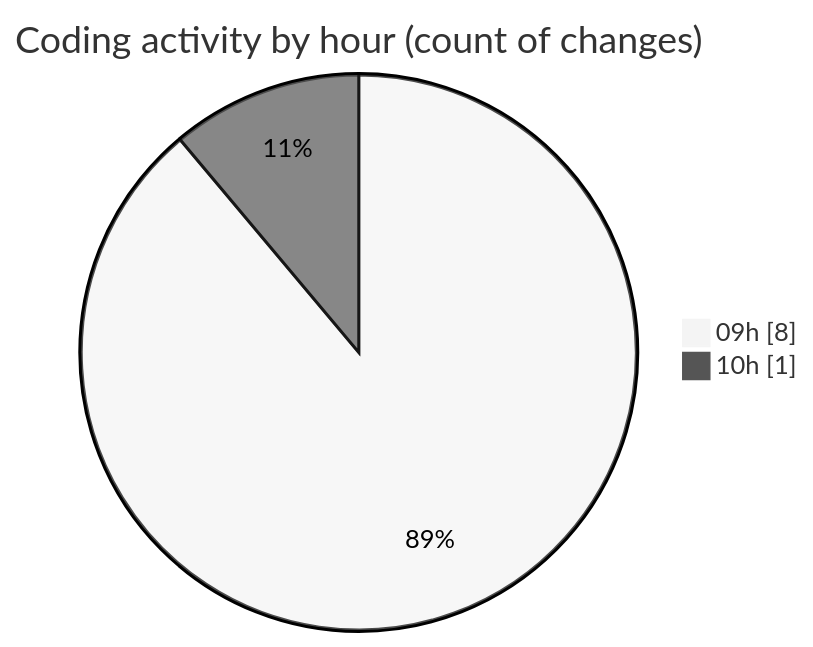
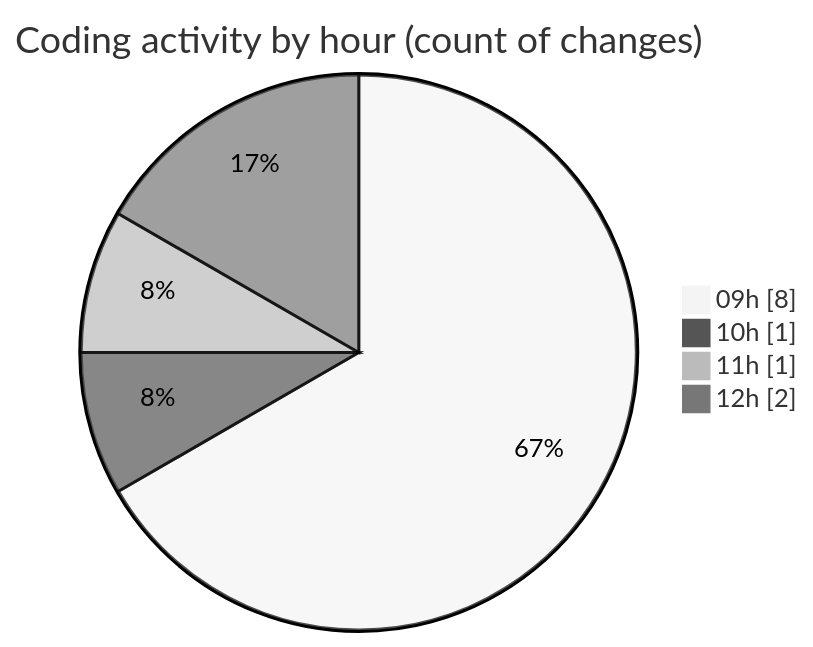
The second of 2 diagrams in 2025-05-06/cda/README.md (momahboobian/code-tracking), drawn with Mermaid (neutral theme) before and after one commit. The commit also changed other lines of this file and 1 other file, not shown here.

````diff
--- a/2025-05-06/cda/README.md
+++ b/2025-05-06/cda/README.md
@@ -33,6 +36,8 @@
 ```mermaid
 pie showData
 title Coding activity by hour (count of changes)
 "09h" : 8
 "10h" : 1
+"11h" : 1
+"12h" : 2
 ```
````
